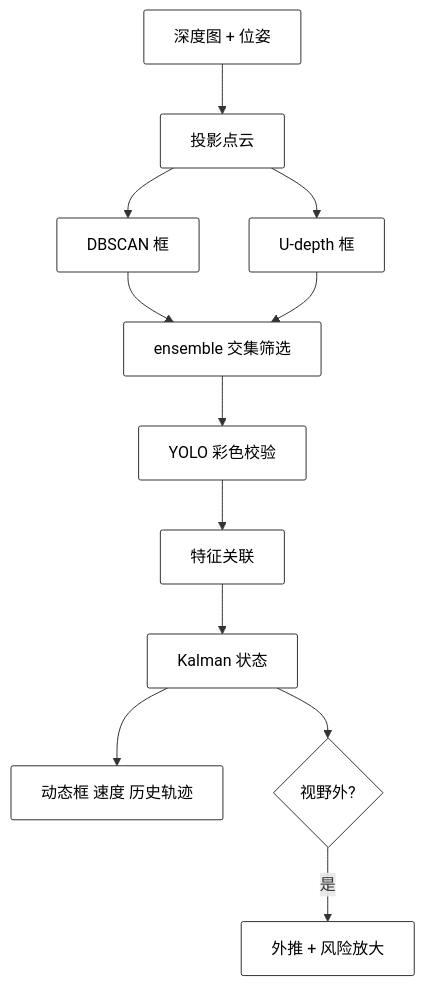
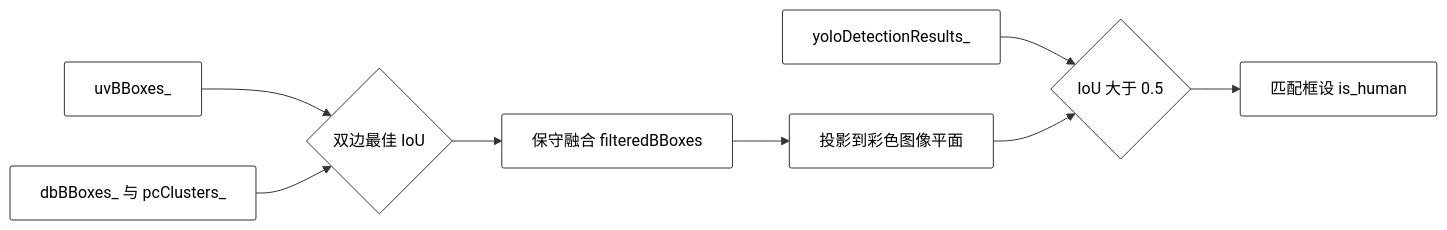
The sixth of 11 diagrams in _posts/2026-05-02-Intent-MPC.md (KwanWaiPang/KwanWaiPang.github.io), drawn with Mermaid before and after one commit. The commit also changed other lines of this file, not shown here.

```diff
--- a/_posts/2026-05-02-Intent-MPC.md
+++ b/_posts/2026-05-02-Intent-MPC.md
@@ -168,16 +223,12 @@
 <div class="mermaid" style="display: flex; justify-content: center; width: 90%; margin: 0 auto;">
-graph TD
+graph LR
     classDef default fill:#fff,stroke:#333,stroke-width:1px,color:#000,rx:2,ry:2;
 
-    I[深度图 + 位姿] --> P[投影点云]
-    P --> DB[DBSCAN 框]
-    P --> UV[U-depth 框]
-    DB --> E[ensemble 交集筛选]
-    UV --> E
-    E --> Y[YOLO 彩色校验]
-    Y --> A[特征关联]
-    A --> K[Kalman 状态]
-    K --> O[动态框 速度 历史轨迹]
-    K --> L{视野外?}
-    L -- 是 --> X[外推 + 风险放大]
+    UV[uvBBoxes_] --> M{双边最佳 IoU}
+    DB[dbBBoxes_ 与 pcClusters_] --> M
+    M --> FU[保守融合 filteredBBoxes]
+    FU --> P2[投影到彩色图像平面]
+    YO[yoloDetectionResults_] --> IO{IoU 大于 0.5}
+    P2 --> IO
+    IO --> H[匹配框设 is_human]
 </div>
```
